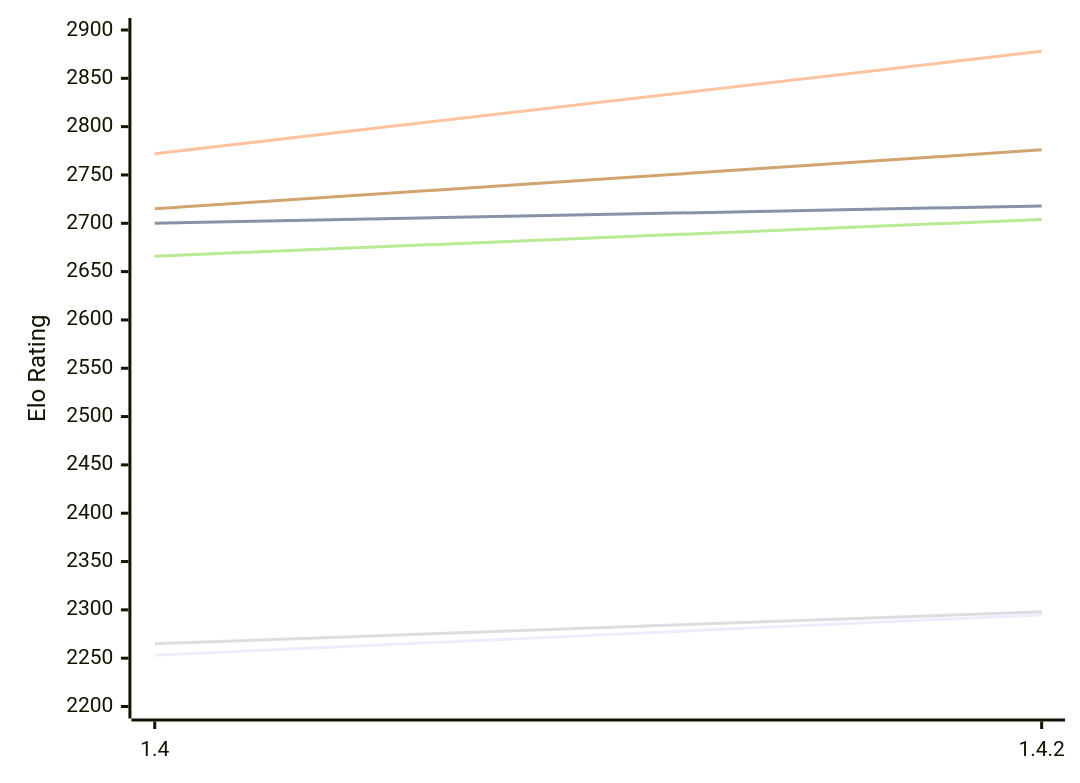
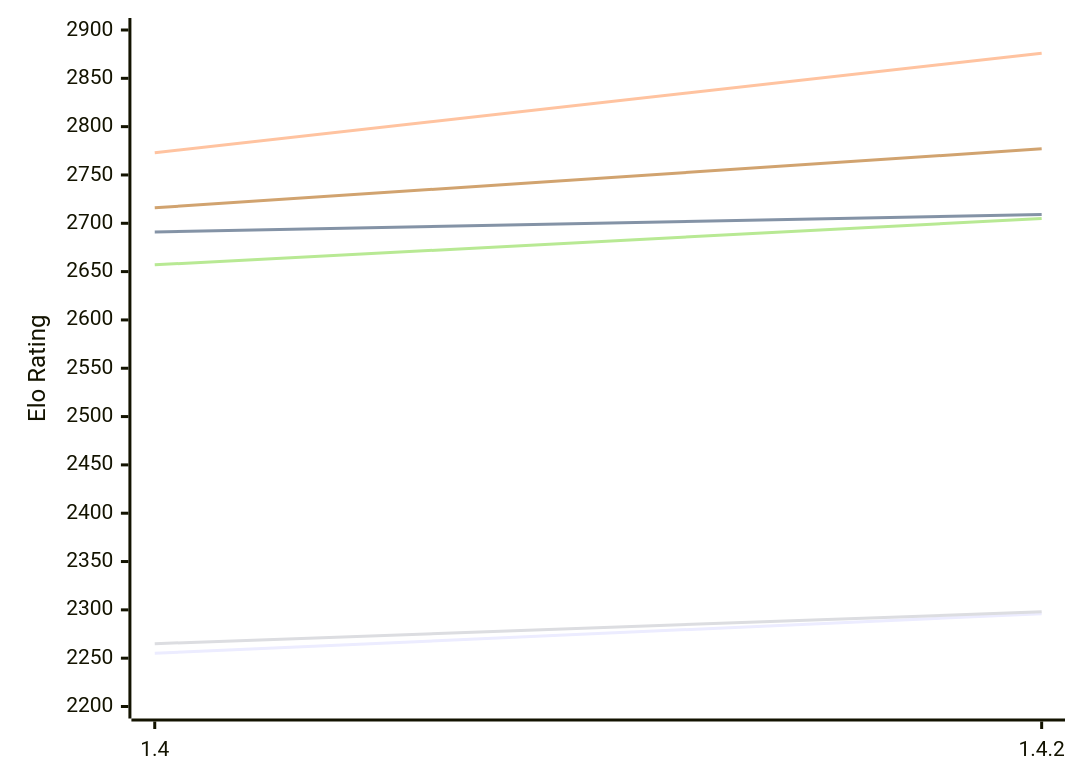
Before and after one commit to computer-chess-index/cci: the first of 2 diagrams in engines/Spike.md, drawn with Mermaid. The commit also changed other lines of this file, not shown here.

Commit message:
Update CCI Ratings (ELO VLTC) - 2026-11-26

````diff
--- a/engines/Spike.md
+++ b/engines/Spike.md
@@ -50,12 +50,12 @@
 ```mermaid
 %%{init: {"theme":"base","themeVariables":{"seriesColors:['#a3a3a3','#222221','#faa371']}}}%%
 xychart-beta
   x-axis ["1.4", "1.4.2"]
   y-axis "Elo Rating" 2200 --> 2900
-  line "E1: STC (8.0+0.08s)" [2253, 2295]
-  line "E1: LTC (60.0+0.60s)" [2700, 2718]
-  line "E1: VLTC (2m24s+1.12s)" [2772, 2878]
+  line "E1: STC (8.0+0.08s)" [2255, 2296]
+  line "E1: LTC (60.0+0.60s)" [2691, 2709]
+  line "E1: VLTC (2m24s+1.12s)" [2773, 2876]
   line "P1: STC (8.0+0.08s)" [2265, 2298]
-  line "P1: LTC (60.0+0.60s)" [2666, 2704]
-  line "P1: VLTC (2m24s+1.12s)" [2715, 2776]
+  line "P1: LTC (60.0+0.60s)" [2657, 2705]
+  line "P1: VLTC (2m24s+1.12s)" [2716, 2777]
 ```
````
